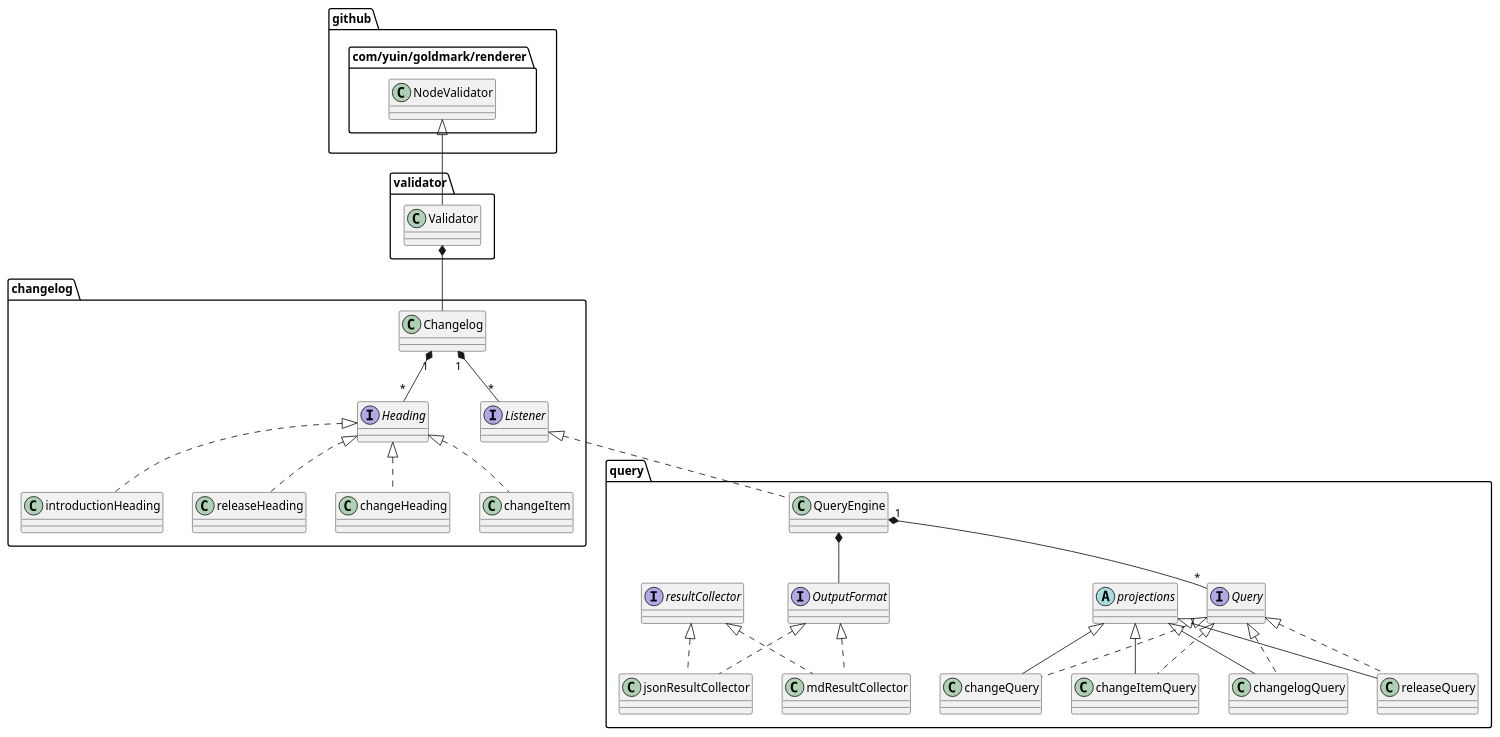
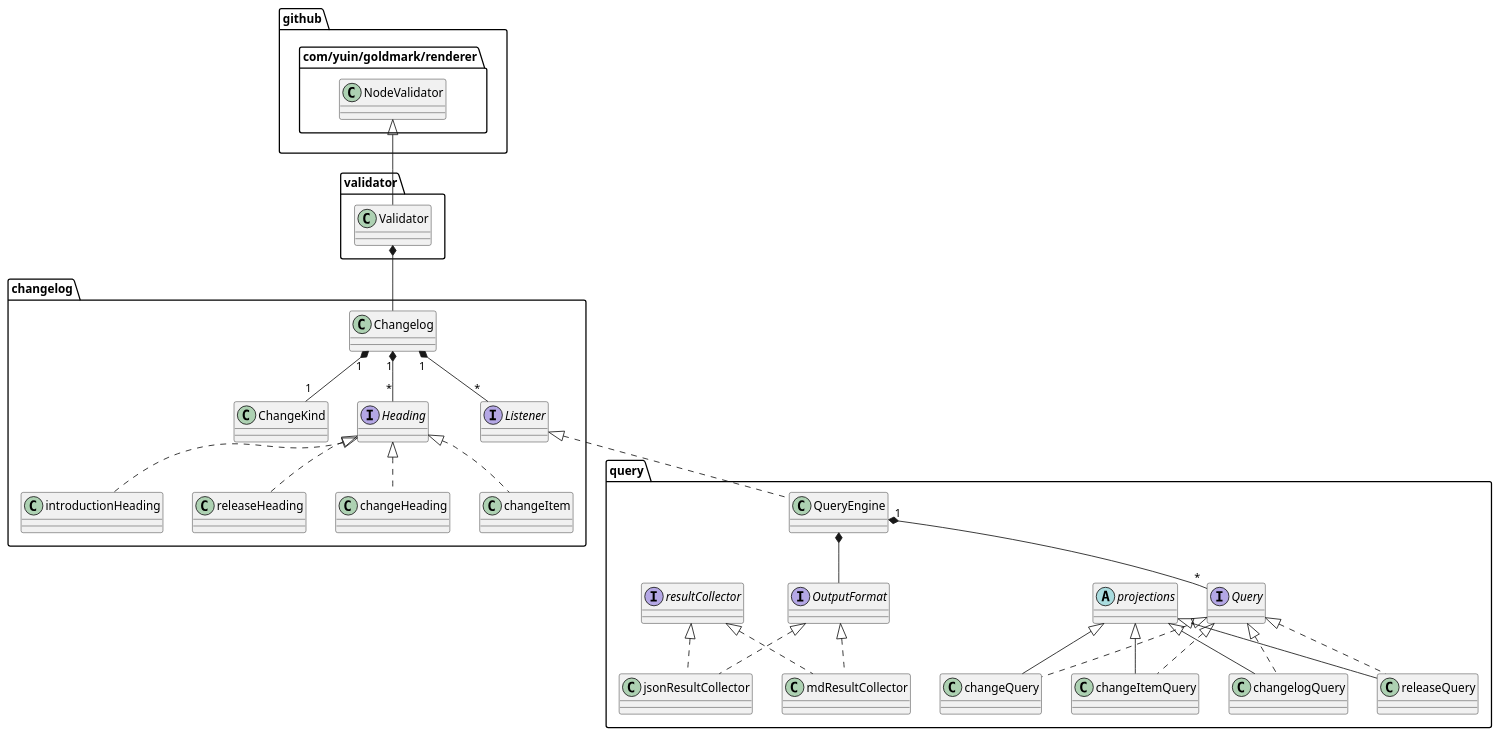
One commit to denisa/clq changed the diagram in docs/class_diagram.puml. Above: the diagram before and after it, drawn with PlantUML. The commit also changed 20 other files, not shown here.

```diff
--- a/docs/class_diagram.puml
+++ b/docs/class_diagram.puml
@@ -1,31 +1,32 @@
 @startuml
 "github.com/yuin/goldmark/renderer.NodeValidator" <|-- validator.Validator
 validator.Validator *-- changelog.Changelog
+changelog.Changelog "1" *-- "1" changelog.ChangeKind
 changelog.Changelog "1" *-- "*" changelog.Heading
 changelog.Changelog "1" *-- "*" changelog.Listener
 changelog.Heading <|.. changelog.changeHeading
 changelog.Heading <|.. changelog.changeItem
 changelog.Heading <|.. changelog.introductionHeading
 changelog.Heading <|.. changelog.releaseHeading
 changelog.Listener <|.. query.QueryEngine
 interface changelog.Heading
 interface changelog.Listener
 query.QueryEngine *-- query.OutputFormat
 query.QueryEngine "1" *-- "*" query.Query
 query.Query <|.. query.changelogQuery
 query.Query <|.. query.releaseQuery
 query.Query <|.. query.changeQuery
 query.Query <|.. query.changeItemQuery
 query.projections <|-- query.changelogQuery
 query.projections <|-- query.releaseQuery
 query.projections <|-- query.changeQuery
 query.projections <|-- query.changeItemQuery
 query.OutputFormat <|.. query.jsonResultCollector
 query.OutputFormat <|.. query.mdResultCollector
 query.resultCollector <|.. query.jsonResultCollector
 query.resultCollector <|.. query.mdResultCollector
 interface query.OutputFormat
 abstract query.projections
 interface query.Query
 interface query.resultCollector
 @enduml
```
